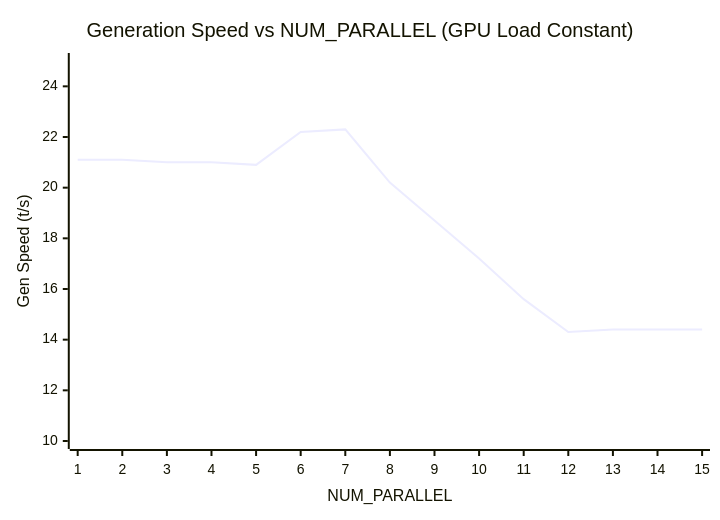
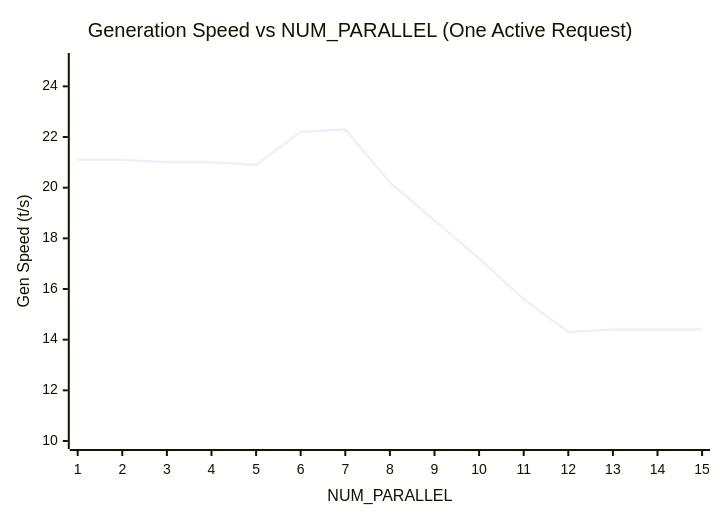
One commit to rockyRunnr/rockyRunnr.github.io changed the second of 3 diagrams in _posts/2026-02-25-ollama-memory-pressure-experiment.md. Above: the diagram before and after it, drawn with Mermaid. The commit also changed other lines of this file and 8 other files, not shown here.

````diff
--- a/_posts/2026-02-25-ollama-memory-pressure-experiment.md
+++ b/_posts/2026-02-25-ollama-memory-pressure-experiment.md
@@ -121,7 +98,7 @@
 ```mermaid
 xychart-beta
-    title "Generation Speed vs NUM_PARALLEL (GPU Load Constant)"
+    title "Generation Speed vs NUM_PARALLEL (One Active Request)"
     x-axis "NUM_PARALLEL" [1, 2, 3, 4, 5, 6, 7, 8, 9, 10, 11, 12, 13, 14, 15]
     y-axis "Gen Speed (t/s)" 10 --> 25
     line [21.1, 21.1, 21.0, 21.0, 20.9, 22.2, 22.3, 20.2, 18.7, 17.2, 15.6, 14.3, 14.4, 14.4, 14.4]
 ```
````
